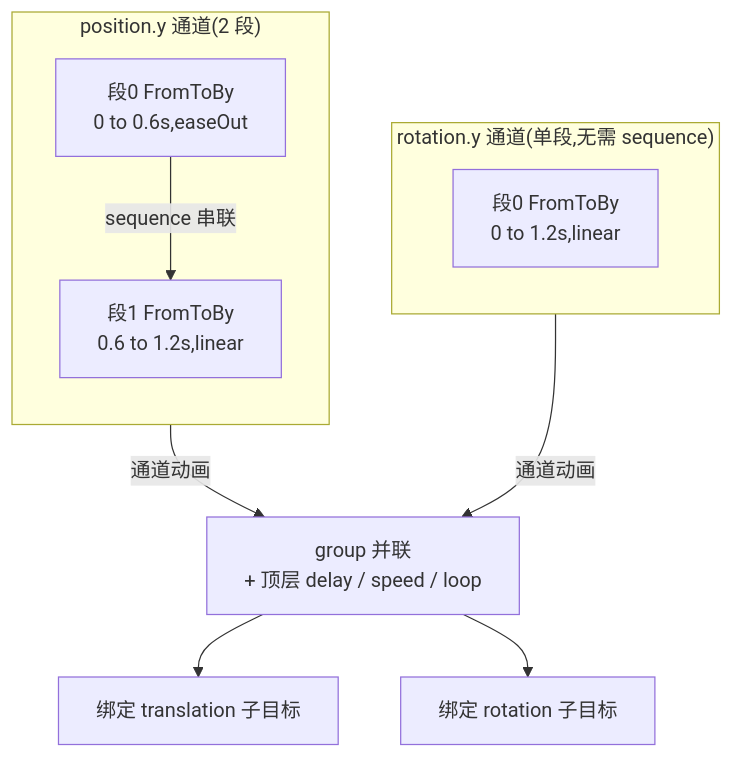
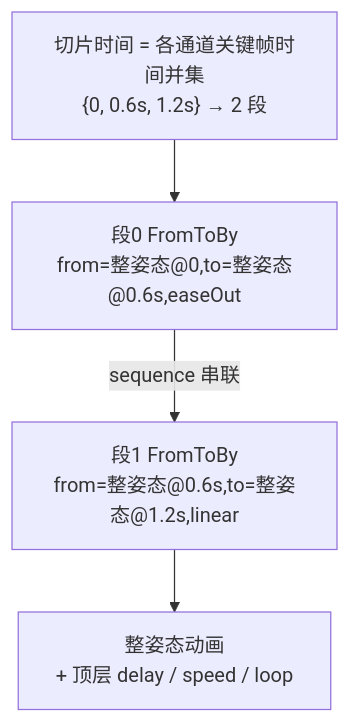
The fifth of 11 diagrams in openspec/changes/redesign-entity-motion-api/design.zh.md (webspatial/webspatial-sdk), drawn with Mermaid before and after one commit. The commit also changed other lines of this file and 3 other files, not shown here.

````diff
--- a/openspec/changes/redesign-entity-motion-api/design.zh.md
+++ b/openspec/changes/redesign-entity-motion-api/design.zh.md
@@ -454,17 +452,11 @@
 ```mermaid
 flowchart TB
-    subgraph PY["position.y 通道(2 段)"]
-        direction TB
-        PYs0["段0 FromToBy<br/>0 to 0.6s,easeOut"]
-        PYs1["段1 FromToBy<br/>0.6 to 1.2s,linear"]
-        PYs0 -->|sequence 串联| PYs1
-    end
-    subgraph RY["rotation.y 通道(单段,无需 sequence)"]
-        direction TB
-        RYs0["段0 FromToBy<br/>0 to 1.2s,linear"]
-    end
-    PY -->|通道动画| G["group 并联<br/>+ 顶层 delay / speed / loop"]
-    RY -->|通道动画| G
-    G --> T1["绑定 translation 子目标"]
-    G --> T2["绑定 rotation 子目标"]
+    Slice["切片时间 = 各通道关键帧时间并集<br/>{0, 0.6s, 1.2s} → 2 段"]
+    S0["段0 FromToBy<br/>from=整姿态@0,to=整姿态@0.6s,easeOut"]
+    S1["段1 FromToBy<br/>from=整姿态@0.6s,to=整姿态@1.2s,linear"]
+    Clip["整姿态动画<br/>+ 顶层 delay / speed / loop"]
+
+    Slice --> S0
+    S0 -->|sequence 串联| S1
+    S1 --> Clip
 ```
````
